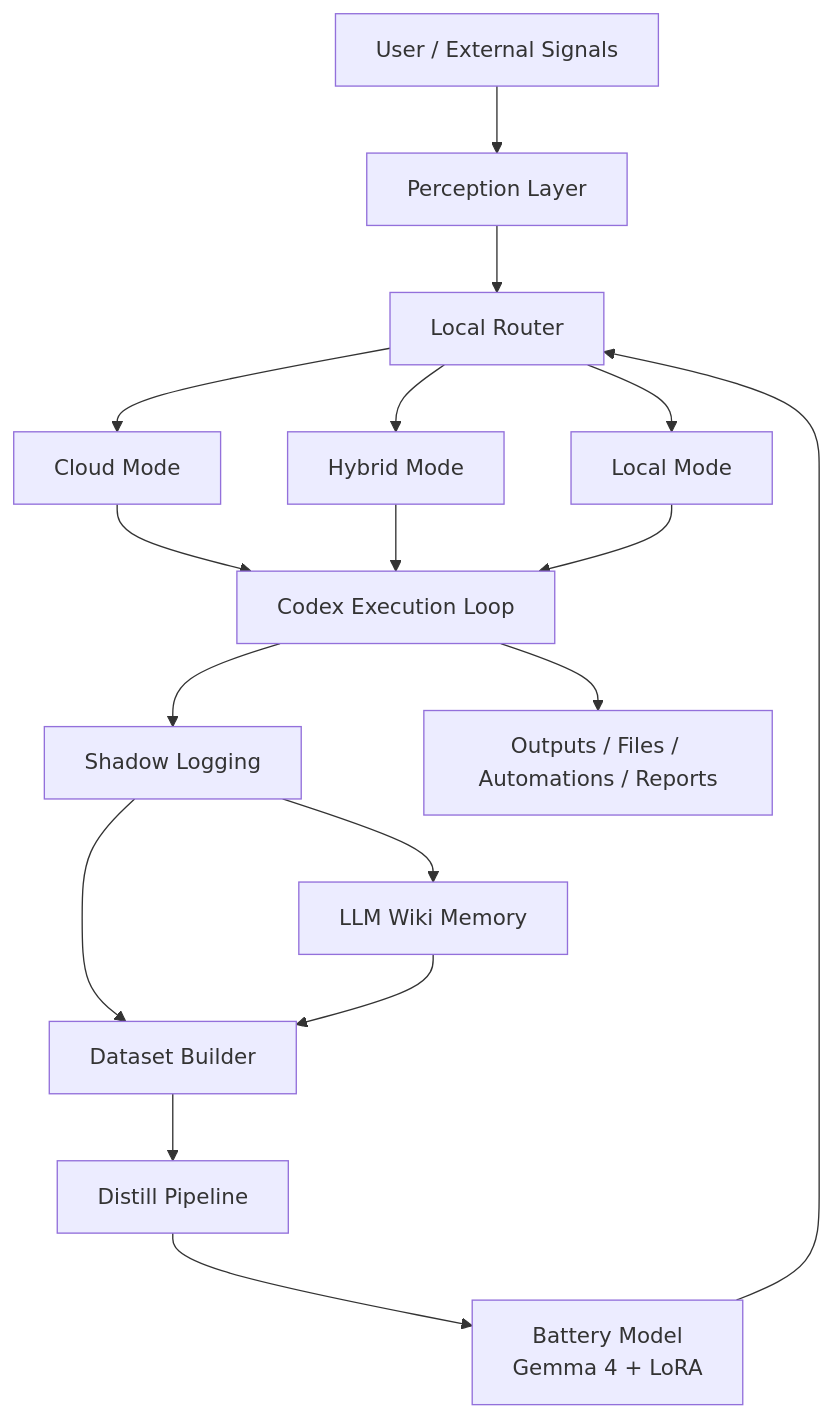
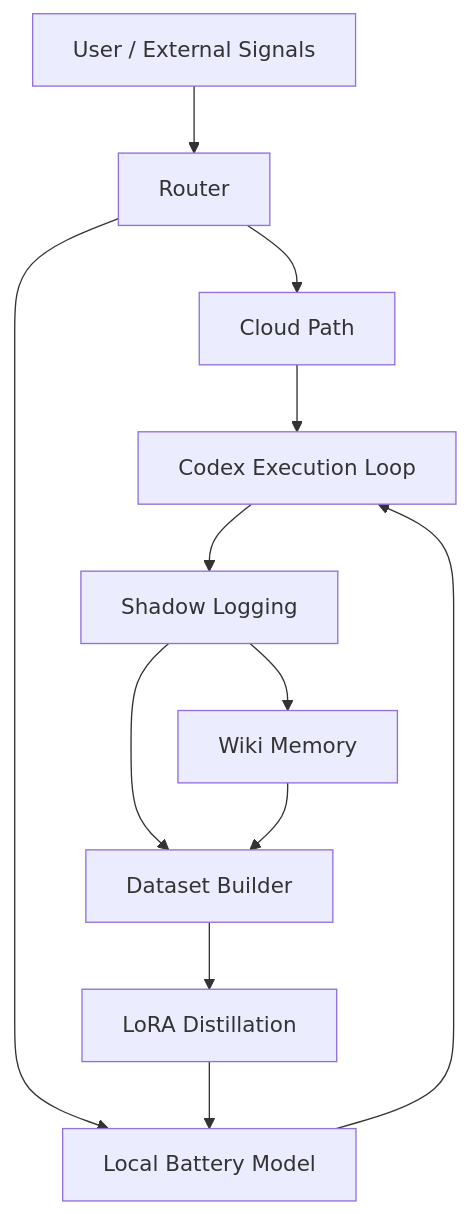
Before and after one commit to Oepn-Lume/Lume: the first of 2 diagrams in docs/system-architecture-appendix-v1.md, drawn with Mermaid. The commit also changed other lines of this file and 13 other files, not shown here.

````diff
--- a/docs/system-architecture-appendix-v1.md
+++ b/docs/system-architecture-appendix-v1.md
@@ -16,22 +7,14 @@
 ```mermaid
 flowchart TD
-    U["User / External Signals"] --> P["Perception Layer"]
-    P --> R["Local Router"]
-    R --> M1["Cloud Mode"]
-    R --> M2["Hybrid Mode"]
-    R --> M3["Local Mode"]
-
-    M1 --> E["Codex Execution Loop"]
-    M2 --> E
-    M3 --> E
-
-    E --> L["Shadow Logging"]
-    L --> W["LLM Wiki Memory"]
-    L --> D["Dataset Builder"]
+    U["User / External Signals"] --> R["Router"]
+    R --> C["Cloud Path"]
+    R --> L["Local Battery Model"]
+    C --> E["Codex Execution Loop"]
+    L --> E
+    E --> S["Shadow Logging"]
+    S --> W["Wiki Memory"]
+    S --> D["Dataset Builder"]
     W --> D
-    D --> T["Distill Pipeline"]
-    T --> B["Battery Model<br/>Gemma 4 + LoRA"]
-    B --> R
-
-    E --> O["Outputs / Files / Automations / Reports"]
+    D --> T["LoRA Distillation"]
+    T --> L
 ```
````
